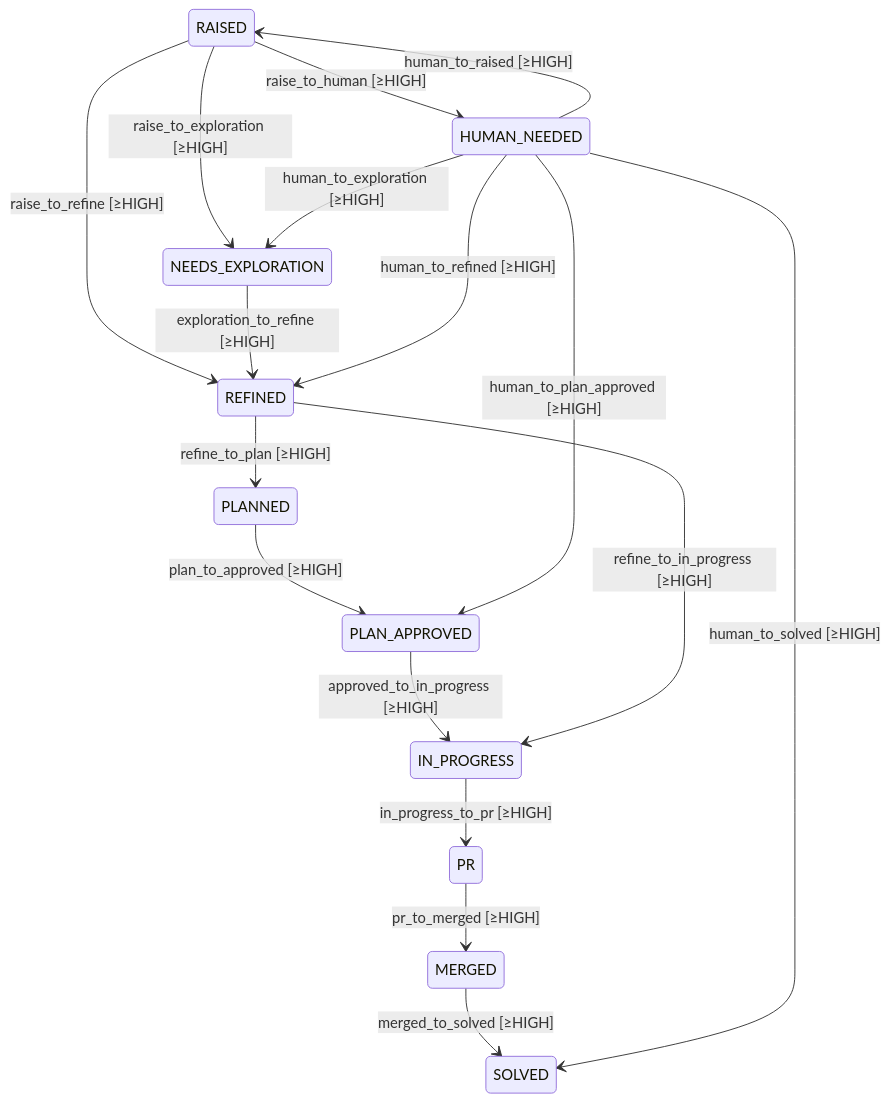
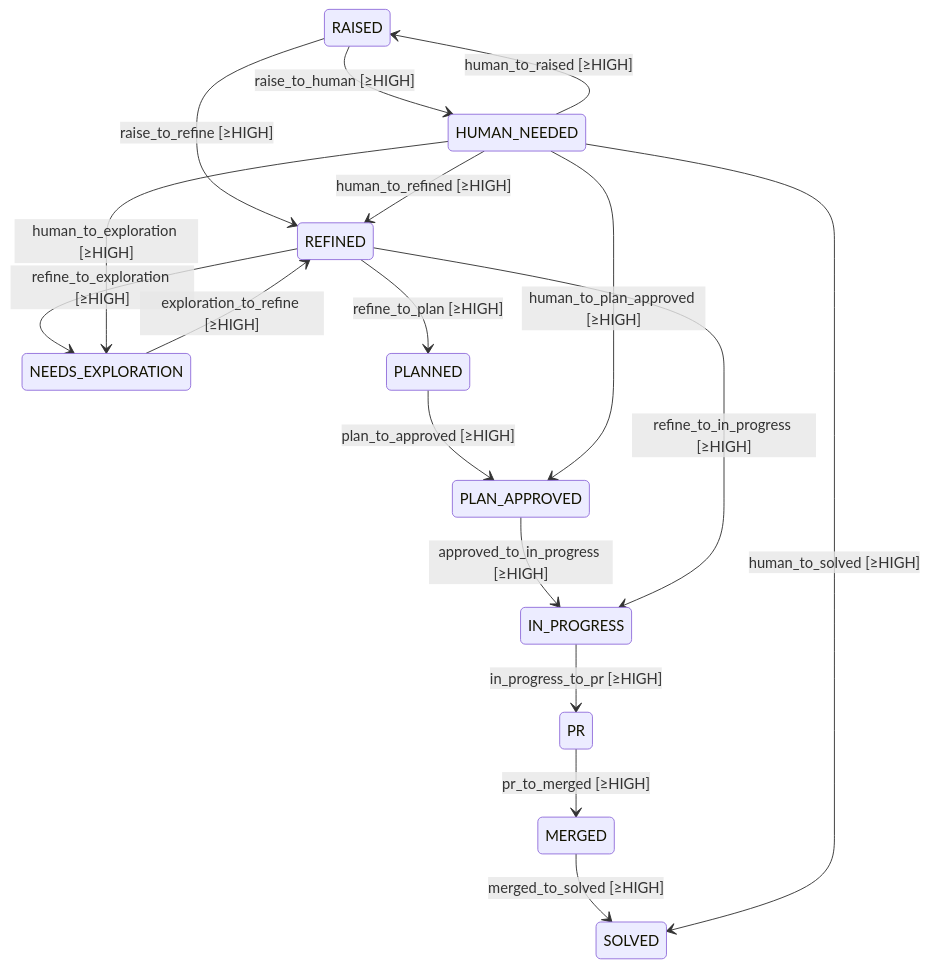
One commit to damien-robotsix/robotsix-cai changed the first of 2 diagrams in docs/fsm.md. Above: the diagram before and after it, drawn with Mermaid. The commit also changed 15 other files, not shown here.

````diff
--- a/docs/fsm.md
+++ b/docs/fsm.md
@@ -14,19 +14,19 @@
 ```mermaid
 stateDiagram-v2
     RAISED --> REFINED : raise_to_refine [≥HIGH]
-    RAISED --> NEEDS_EXPLORATION : raise_to_exploration [≥HIGH]
     RAISED --> HUMAN_NEEDED : raise_to_human [≥HIGH]
+    REFINED --> NEEDS_EXPLORATION : refine_to_exploration [≥HIGH]
     REFINED --> PLANNED : refine_to_plan [≥HIGH]
     PLANNED --> PLAN_APPROVED : plan_to_approved [≥HIGH]
     PLAN_APPROVED --> IN_PROGRESS : approved_to_in_progress [≥HIGH]
     REFINED --> IN_PROGRESS : refine_to_in_progress [≥HIGH]
     IN_PROGRESS --> PR : in_progress_to_pr [≥HIGH]
     PR --> MERGED : pr_to_merged [≥HIGH]
     MERGED --> SOLVED : merged_to_solved [≥HIGH]
     NEEDS_EXPLORATION --> REFINED : exploration_to_refine [≥HIGH]
     HUMAN_NEEDED --> RAISED : human_to_raised [≥HIGH]
     HUMAN_NEEDED --> REFINED : human_to_refined [≥HIGH]
     HUMAN_NEEDED --> PLAN_APPROVED : human_to_plan_approved [≥HIGH]
     HUMAN_NEEDED --> NEEDS_EXPLORATION : human_to_exploration [≥HIGH]
     HUMAN_NEEDED --> SOLVED : human_to_solved [≥HIGH]
 ```
````
